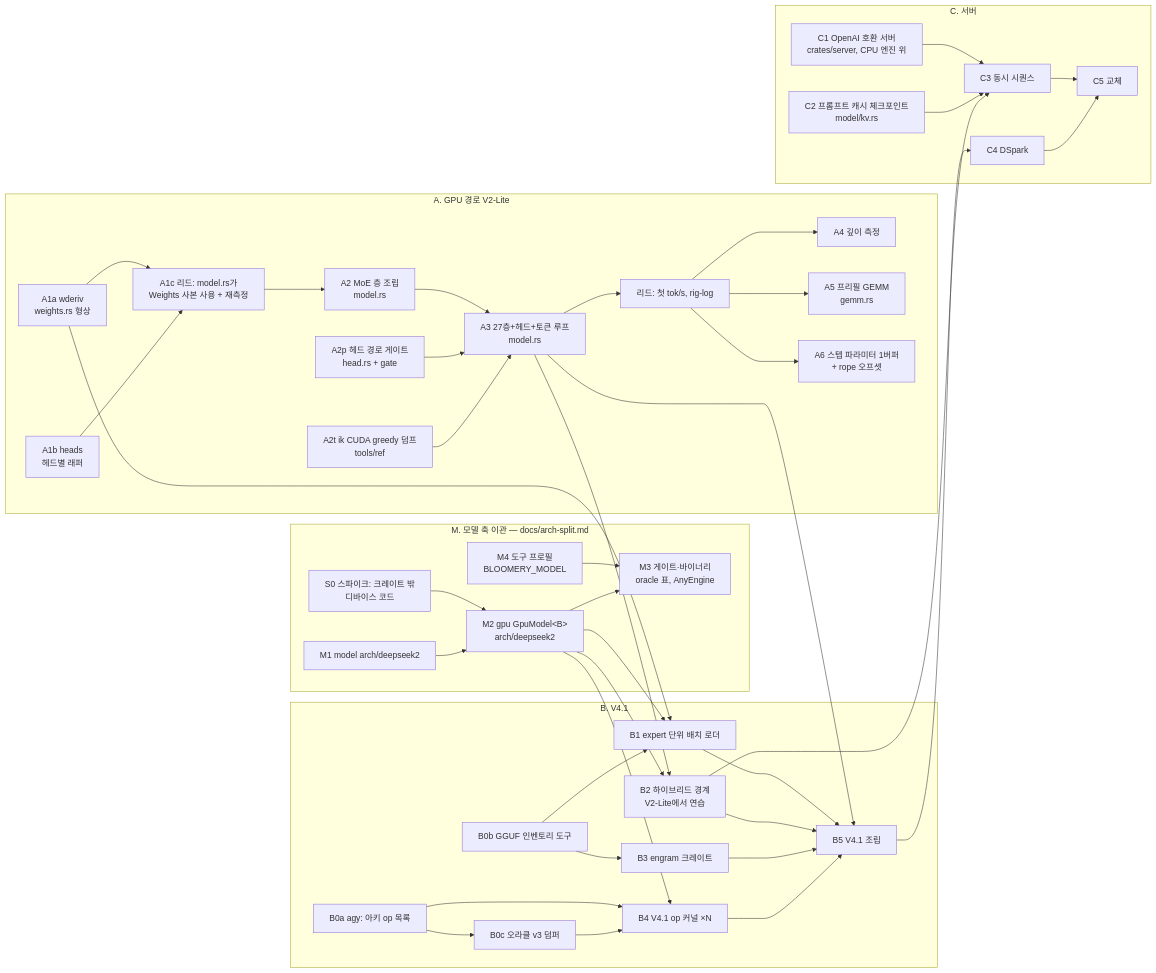
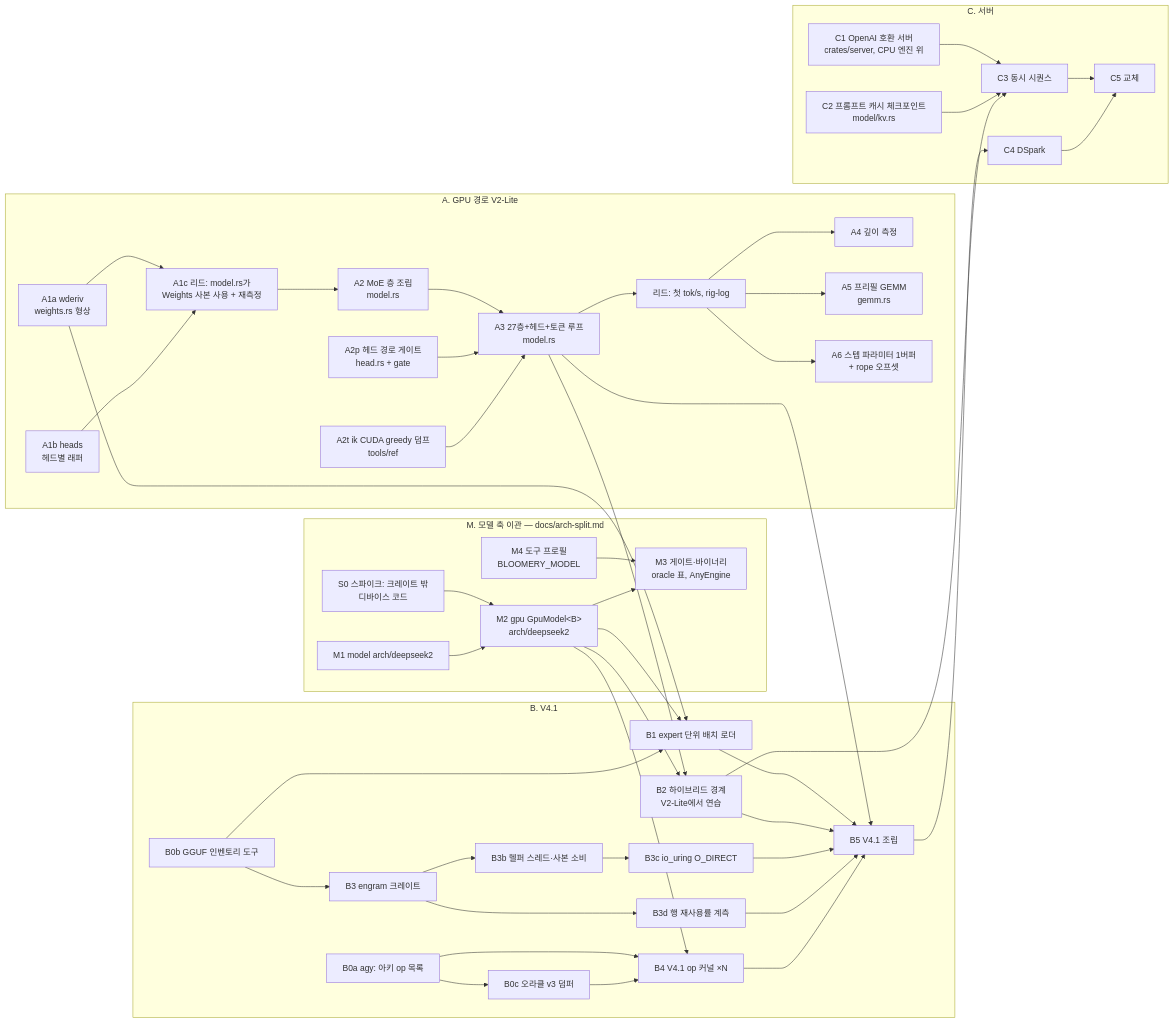
One commit to midagedev/bloomery changed the diagram in docs/plan.md. Above: the diagram before and after it, drawn with Mermaid. The commit also changed other lines of this file and 3 other files, not shown here.

````diff
--- a/docs/plan.md
+++ b/docs/plan.md
@@ -296,46 +296,49 @@
 ```mermaid
 flowchart LR
   subgraph A[A. GPU 경로 V2-Lite]
     A1a[A1a wderiv<br/>weights.rs 형상] --> A1c[A1c 리드: model.rs가<br/>Weights 사본 사용 + 재측정]
     A1b[A1b heads<br/>헤드별 래퍼] --> A1c
     A1c --> A2[A2 MoE 층 조립<br/>model.rs]
     A2 --> A3[A3 27층+헤드+토큰 루프<br/>model.rs]
     Ah[A2p 헤드 경로 게이트<br/>head.rs + gate] --> A3
     Ag[A2t ik CUDA greedy 덤프<br/>tools/ref] --> A3
     A3 --> A3m[리드: 첫 tok/s, rig-log]
     A3m --> A4[A4 깊이 측정]
     A3m --> A5[A5 프리필 GEMM<br/>gemm.rs]
     A3m --> Asp[A6 스텝 파라미터 1버퍼<br/>+ rope 오프셋]
   end
   subgraph M[M. 모델 축 이관 — docs/arch-split.md]
     S0[S0 스파이크: 크레이트 밖<br/>디바이스 코드] --> M2
     M1[M1 model arch/deepseek2] --> M2[M2 gpu GpuModel&lt;B&gt;<br/>arch/deepseek2]
     M4[M4 도구 프로필<br/>BLOOMERY_MODEL] --> M3
     M2 --> M3[M3 게이트·바이너리<br/>oracle 표, AnyEngine]
   end
   subgraph B[B. V4.1]
     B0a[B0a agy: 아키 op 목록] --> B4[B4 V4.1 op 커널 ×N]
     B0b[B0b GGUF 인벤토리 도구] --> B1[B1 expert 단위 배치 로더]
     B0b --> B3[B3 engram 크레이트]
     B0c[B0c 오라클 v3 덤퍼] --> B4
     B0a --> B0c
     A1a --> B1
     A3 --> B2[B2 하이브리드 경계<br/>V2-Lite에서 연습]
     B1 --> B5[B5 V4.1 조립]
     B2 --> B5
-    B3 --> B5
+    B3 --> B3b[B3b 헬퍼 스레드·사본 소비] --> B3c[B3c io_uring O_DIRECT]
+    B3 --> B3d[B3d 행 재사용률 계측]
+    B3c --> B5
+    B3d --> B5
     B4 --> B5
     A3 --> B5
   end
   subgraph C[C. 서버]
     C1[C1 OpenAI 호환 서버<br/>crates/server, CPU 엔진 위] --> C3[C3 동시 시퀀스]
     C2[C2 프롬프트 캐시 체크포인트<br/>model/kv.rs] --> C3
     B2 --> C3
     B5 --> C4[C4 DSpark]
     C3 --> C5[C5 교체]
     C4 --> C5
   end
   M2 --> B1
   M2 --> B2
   M2 --> B4
 ```
````
